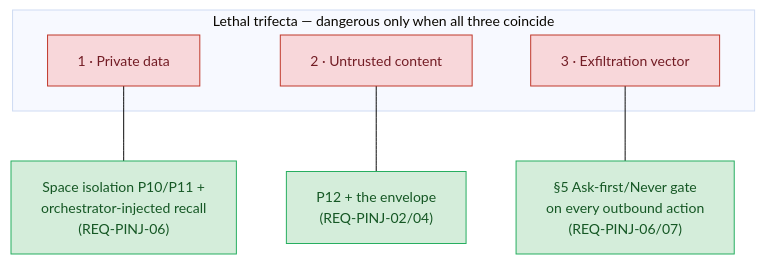
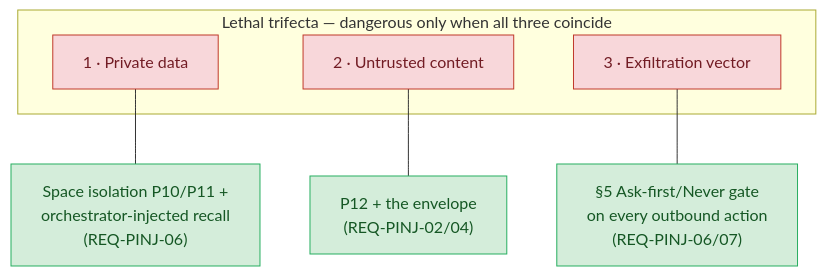
Before and after one commit to alex-oleshkevich/dailydrift: the first of 2 diagrams in specs/prompt-injection.md, drawn with Mermaid. The commit also changed other lines of this file and 44 other files, not shown here.

````diff
--- a/specs/prompt-injection.md
+++ b/specs/prompt-injection.md
@@ -128,19 +140,18 @@
 ```mermaid
-%%{init: {'theme': 'base', 'themeVariables': {'fontSize': '14px'}}}%%
 flowchart TB
     classDef leg fill:#F8D7DA,stroke:#C0392B,color:#721C24
     classDef brk fill:#D4EDDA,stroke:#27AE60,color:#155724
 
     subgraph Trifecta["Lethal trifecta — dangerous only when all three coincide"]
         L1["1 · Private data"]:::leg
         L2["2 · Untrusted content"]:::leg
         L3["3 · Exfiltration vector"]:::leg
     end
-    B1["Space isolation P10/P11 +\norchestrator-injected recall\n(REQ-PINJ-06)"]:::brk
-    B2["P12 + the envelope\n(REQ-PINJ-02/04)"]:::brk
-    B3["§5 Ask-first/Never gate\non every outbound action\n(REQ-PINJ-06/07)"]:::brk
+    B1["Space isolation P10/P11 +<br/>orchestrator-injected recall<br/>(REQ-PINJ-06)"]:::brk
+    B2["P12 + the envelope<br/>(REQ-PINJ-02/04)"]:::brk
+    B3["§5 Ask-first/Never gate<br/>on every outbound action<br/>(REQ-PINJ-06/07)"]:::brk
 
     L1 --- B1
     L2 --- B2
     L3 --- B3
 ```
````
